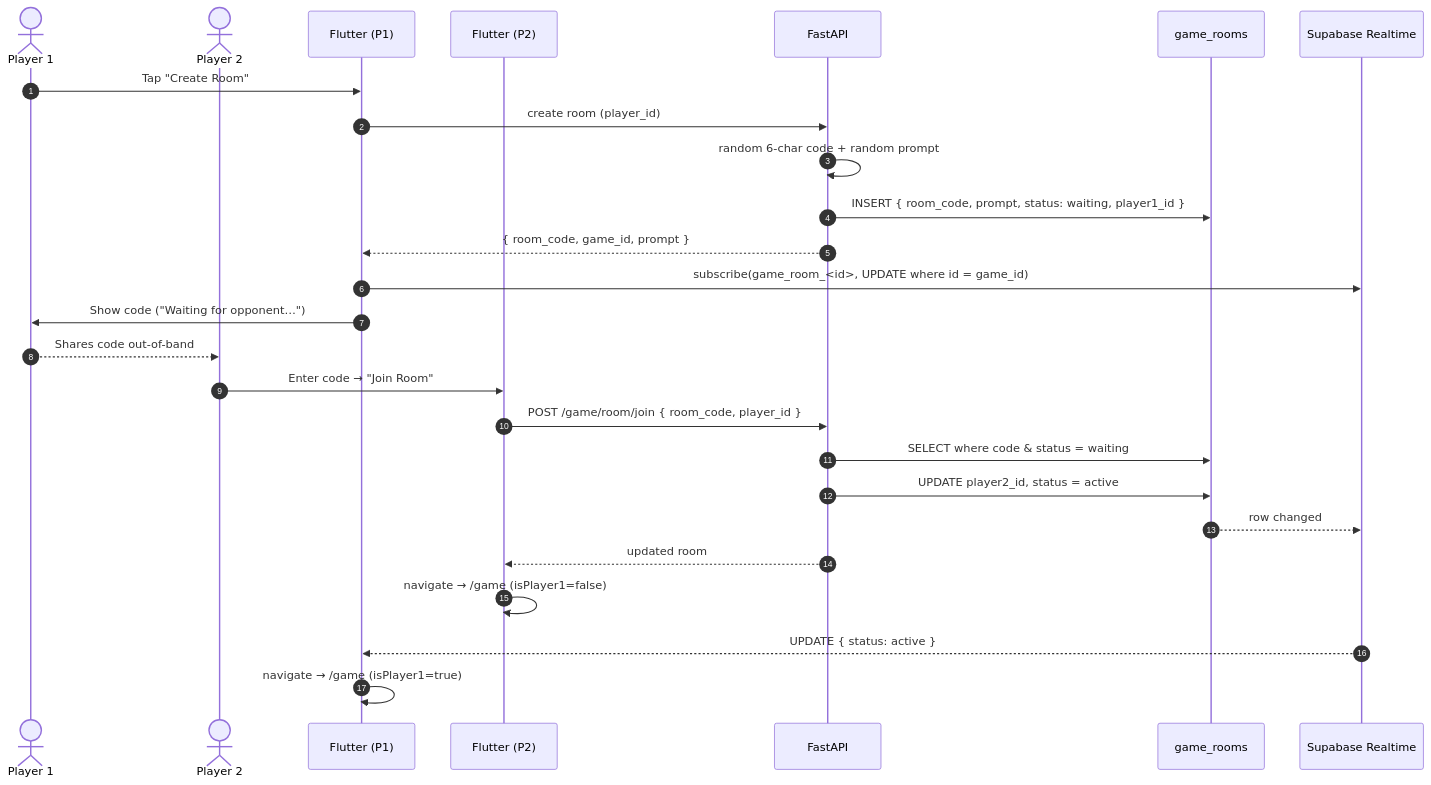
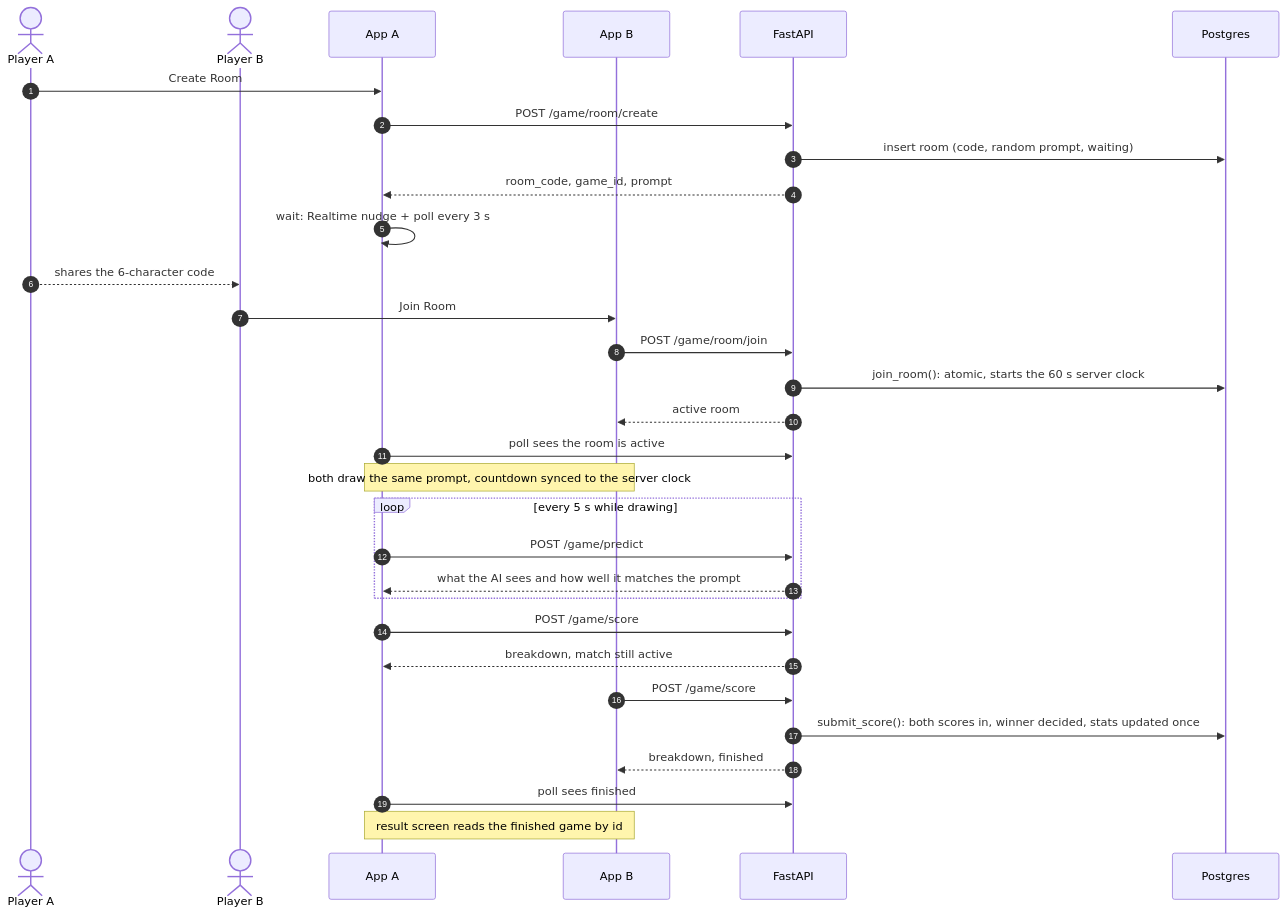
One commit to MuaazTasawar/sketchduel changed the third of 8 diagrams in README.md. Above: the diagram before and after it, drawn with Mermaid. The commit also changed other lines of this file, not shown here.

Commit message:
docs: README for the hardened SketchDuel (architecture, API, scoring, AI model, testing, limitations)

````diff
--- a/README.md
+++ b/README.md
@@ -255,30 +157,34 @@
 ```mermaid
 sequenceDiagram
     autonumber
-    actor P1 as Player 1
-    actor P2 as Player 2
-    participant F1 as Flutter (P1)
-    participant F2 as Flutter (P2)
+    actor A as Player A
+    actor B as Player B
+    participant FA as App A
+    participant FB as App B
     participant API as FastAPI
-    participant DB as game_rooms
-    participant RT as Supabase Realtime
+    participant DB as Postgres
 
-    P1->>F1: Tap "Create Room"
-    F1->>API: create room (player_id)
-    API->>API: random 6-char code + random prompt
-    API->>DB: INSERT { room_code, prompt, status: waiting, player1_id }
-    API-->>F1: { room_code, game_id, prompt }
-    F1->>RT: subscribe(game_room_<id>, UPDATE where id = game_id)
-    F1->>P1: Show code ("Waiting for opponent…")
-
-    P1-->>P2: Shares code out-of-band
-    P2->>F2: Enter code → "Join Room"
-    F2->>API: POST /game/room/join { room_code, player_id }
-    API->>DB: SELECT where code & status = waiting
-    API->>DB: UPDATE player2_id, status = active
-    DB-->>RT: row changed
-    API-->>F2: updated room
-    F2->>F2: navigate → /game (isPlayer1=false)
-    RT-->>F1: UPDATE { status: active }
-    F1->>F1: navigate → /game (isPlayer1=true)
+    A->>FA: Create Room
+    FA->>API: POST /game/room/create
+    API->>DB: insert room (code, random prompt, waiting)
+    API-->>FA: room_code, game_id, prompt
+    FA->>FA: wait: Realtime nudge + poll every 3 s
+    A-->>B: shares the 6-character code
+    B->>FB: Join Room
+    FB->>API: POST /game/room/join
+    API->>DB: join_room(): atomic, starts the 60 s server clock
+    API-->>FB: active room
+    FA->>API: poll sees the room is active
+    Note over FA,FB: both draw the same prompt, countdown synced to the server clock
+    loop every 5 s while drawing
+        FA->>API: POST /game/predict
+        API-->>FA: what the AI sees and how well it matches the prompt
+    end
+    FA->>API: POST /game/score
+    API-->>FA: breakdown, match still active
+    FB->>API: POST /game/score
+    API->>DB: submit_score(): both scores in, winner decided, stats updated once
+    API-->>FB: breakdown, finished
+    FA->>API: poll sees finished
+    Note over FA,FB: result screen reads the finished game by id
 ```
````
